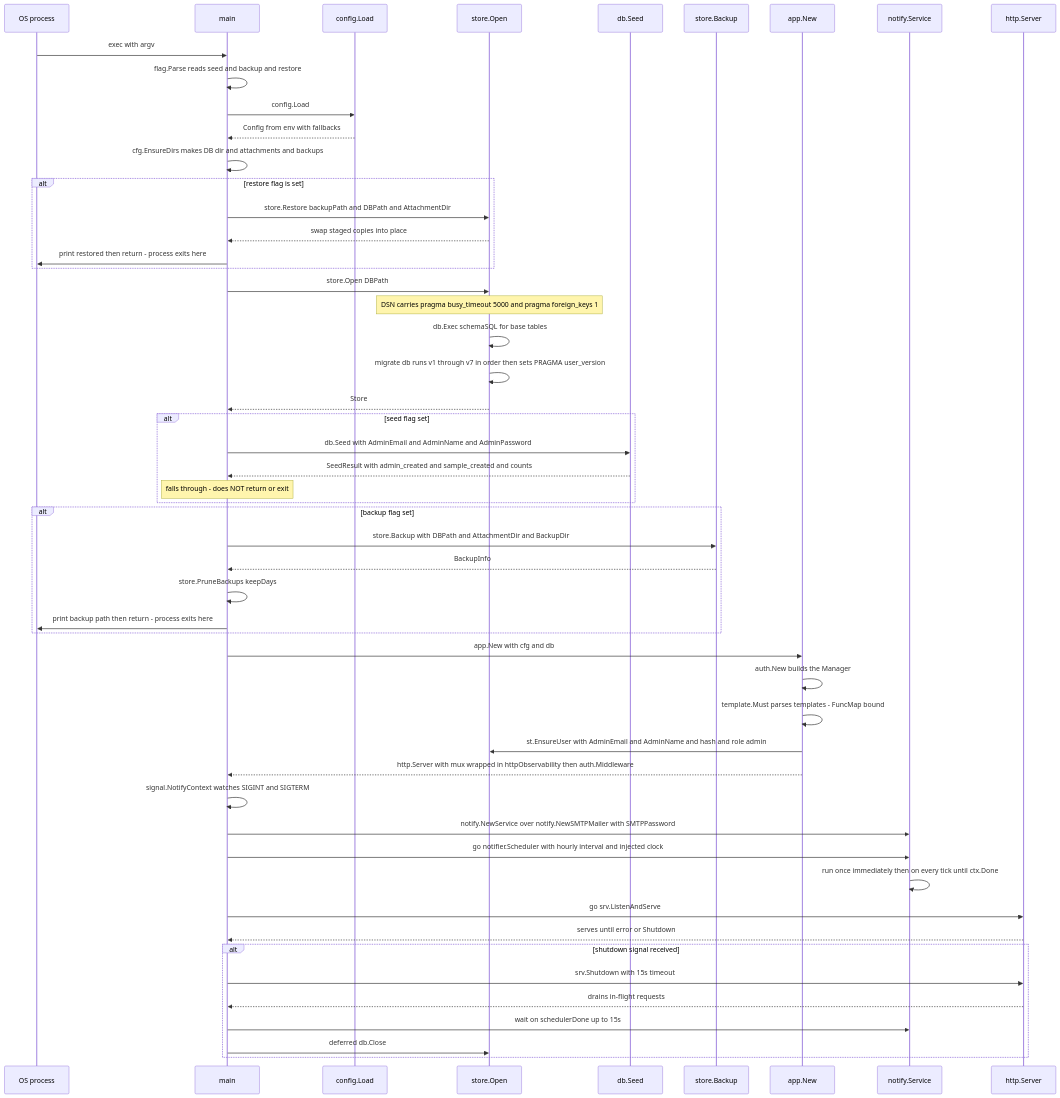
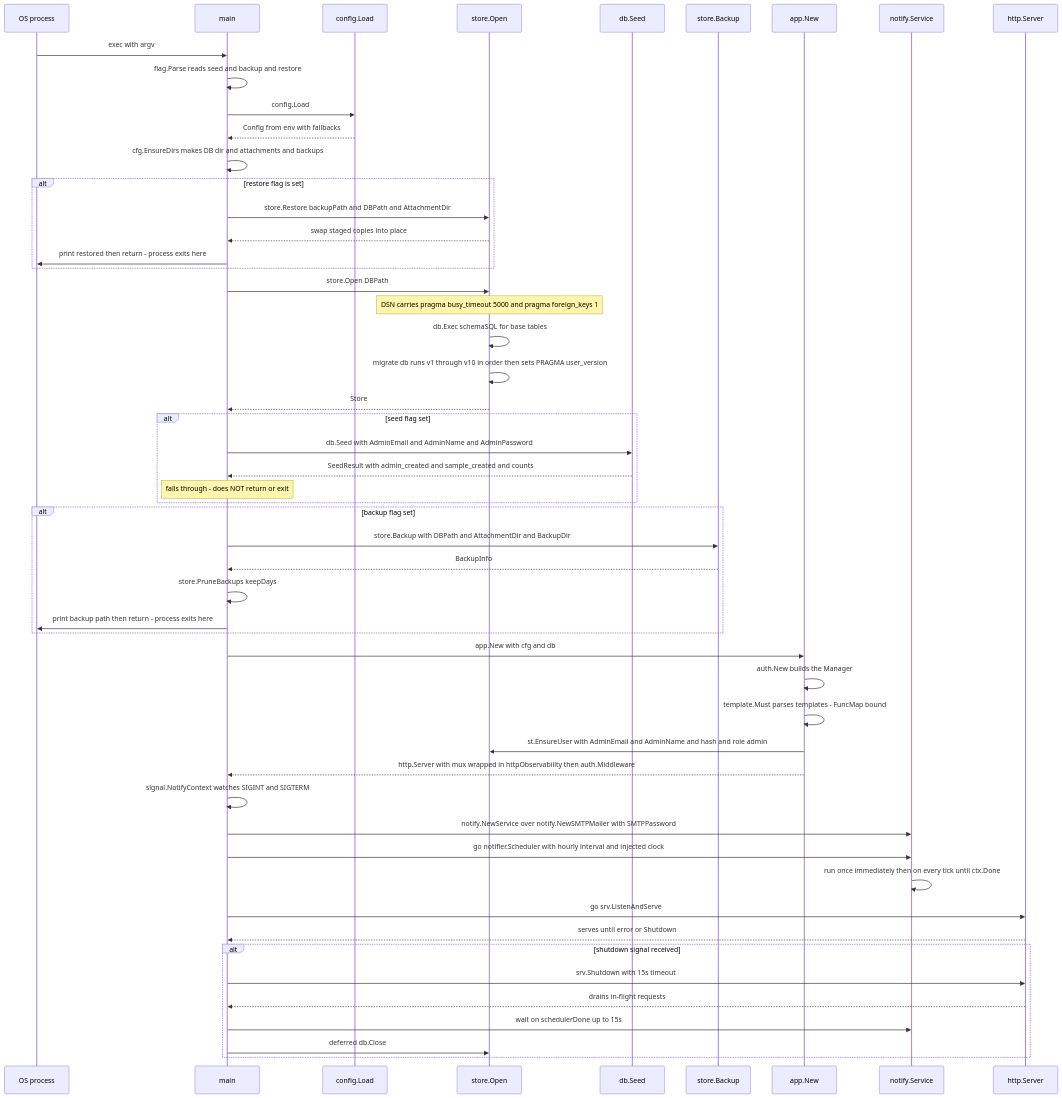
Before and after one commit to algotradingfervid/fervid-budget: the second of 3 diagrams in docs/qa/uml/06-deployment-and-components.md, drawn with Mermaid. The commit also changed other lines of this file and 41 other files, not shown here.

````diff
--- a/docs/qa/uml/06-deployment-and-components.md
+++ b/docs/qa/uml/06-deployment-and-components.md
@@ -119,64 +119,64 @@
 ```mermaid
 sequenceDiagram
     participant OS as OS process
     participant Main as main
     participant Cfg as config.Load
     participant DB as store.Open
     participant Seed as db.Seed
     participant Backup as store.Backup
     participant App as app.New
     participant Notif as notify.Service
     participant HTTP as http.Server
 
     OS->>Main: exec with argv
     Main->>Main: flag.Parse reads seed and backup and restore
     Main->>Cfg: config.Load
     Cfg-->>Main: Config from env with fallbacks
     Main->>Main: cfg.EnsureDirs makes DB dir and attachments and backups
 
     alt restore flag is set
         Main->>DB: store.Restore backupPath and DBPath and AttachmentDir
         DB-->>Main: swap staged copies into place
         Main->>OS: print restored then return - process exits here
     end
 
     Main->>DB: store.Open DBPath
     Note over DB: DSN carries pragma busy_timeout 5000 and pragma foreign_keys 1
     DB->>DB: db.Exec schemaSQL for base tables
-    DB->>DB: migrate db runs v1 through v7 in order then sets PRAGMA user_version
+    DB->>DB: migrate db runs v1 through v10 in order then sets PRAGMA user_version
     DB-->>Main: Store
 
     alt seed flag set
         Main->>Seed: db.Seed with AdminEmail and AdminName and AdminPassword
         Seed-->>Main: SeedResult with admin_created and sample_created and counts
         Note over Main: falls through - does NOT return or exit
     end
 
     alt backup flag set
         Main->>Backup: store.Backup with DBPath and AttachmentDir and BackupDir
         Backup-->>Main: BackupInfo
         Main->>Main: store.PruneBackups keepDays
         Main->>OS: print backup path then return - process exits here
     end
 
     Main->>App: app.New with cfg and db
     App->>App: auth.New builds the Manager
     App->>App: template.Must parses templates - FuncMap bound
     App->>DB: st.EnsureUser with AdminEmail and AdminName and hash and role admin
     App-->>Main: http.Server with mux wrapped in httpObservability then auth.Middleware
 
     Main->>Main: signal.NotifyContext watches SIGINT and SIGTERM
     Main->>Notif: notify.NewService over notify.NewSMTPMailer with SMTPPassword
     Main->>Notif: go notifier.Scheduler with hourly interval and injected clock
     Notif->>Notif: run once immediately then on every tick until ctx.Done
 
     Main->>HTTP: go srv.ListenAndServe
     HTTP-->>Main: serves until error or Shutdown
 
     alt shutdown signal received
         Main->>HTTP: srv.Shutdown with 15s timeout
         HTTP-->>Main: drains in-flight requests
         Main->>Notif: wait on schedulerDone up to 15s
         Main->>DB: deferred db.Close
     end
 ```
````
